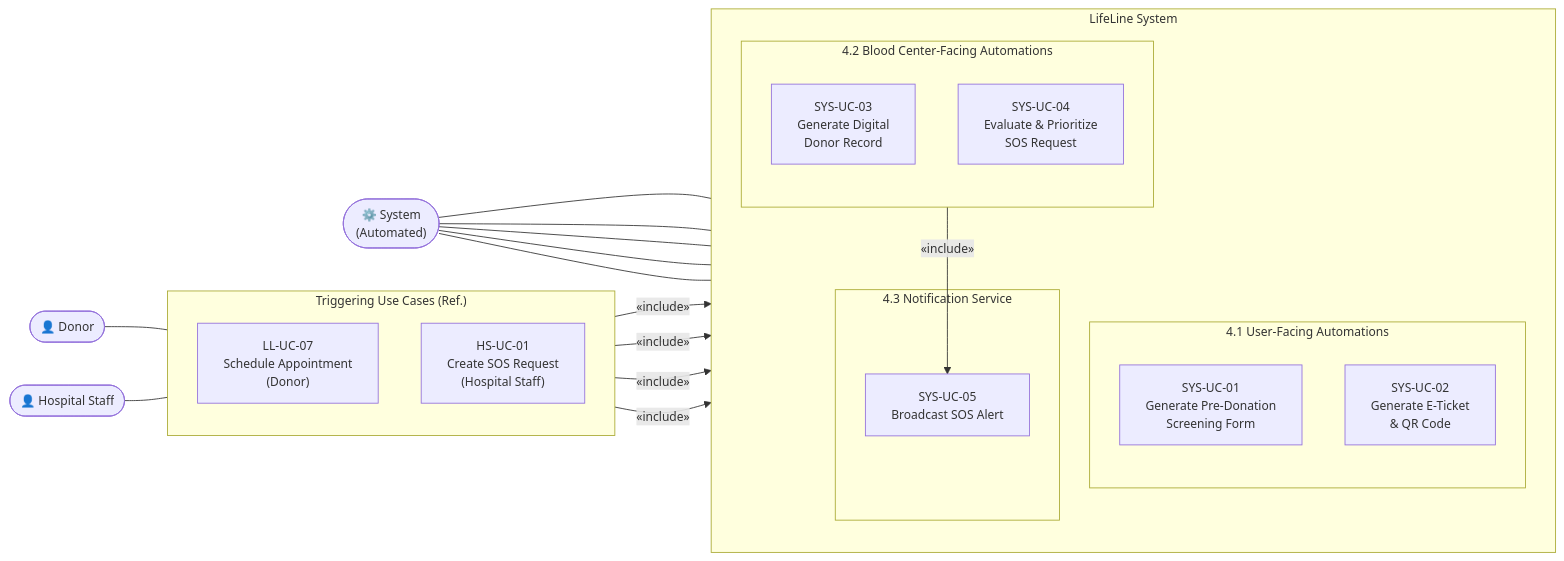
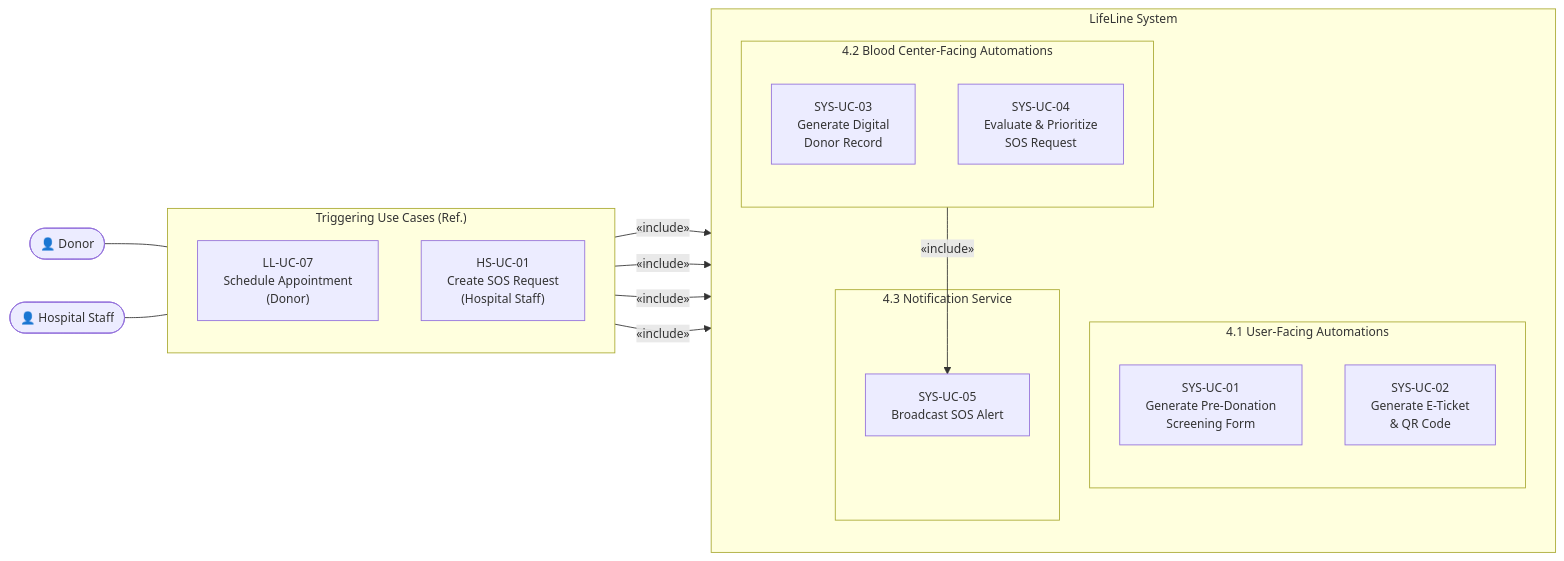
Before and after one commit to takiet2410-hub/SE-LifeLine-Project: the fourth of 6 diagrams in src/StakeholderDocuments/UseCaseSpec.md, drawn with Mermaid. The commit also changed other lines of this file, not shown here.

````diff
--- a/src/StakeholderDocuments/UseCaseSpec.md
+++ b/src/StakeholderDocuments/UseCaseSpec.md
@@ -427,63 +428,54 @@
 ```mermaid
 
 %%{init: {'theme': 'default', 'themeVariables': {'fontSize': '14px'}}}%%
 graph LR
     %% ── Primary/Triggering Actors ────────────────────────
     Donor(["👤 Donor"])
     HS(["👤 Hospital Staff"])
 
     %% ── Triggering Use Cases (context from other diagrams) ─
     subgraph TRG ["Triggering Use Cases (Ref.)"]
         direction TB
         UC07["LL-UC-07<br>Schedule Appointment<br>(Donor)"]
         HSUC01_REF["HS-UC-01<br>Create SOS Request<br>(Hospital Staff)"]
     end
 
     %% ── LifeLine System — System Features ────────────────
     subgraph SYS ["LifeLine System"]
         direction TB
 
         %% ── 4.1 User-Facing Automations ────────────────
         subgraph UFA ["4.1 User-Facing Automations"]
             direction TB
             SYSUC01["SYS-UC-01<br>Generate Pre-Donation<br>Screening Form"]
             SYSUC02["SYS-UC-02<br>Generate E-Ticket<br>& QR Code"]
         end
 
         %% ── 4.2 Blood Center-Facing Automations ────────
         subgraph BCA ["4.2 Blood Center-Facing Automations"]
             direction TB
             SYSUC03["SYS-UC-03<br>Generate Digital<br>Donor Record"]
             SYSUC04["SYS-UC-04<br>Evaluate & Prioritize<br>SOS Request"]
         end
 
         %% ── 4.3 Notification Service ───────────────────
         subgraph NS ["4.3 Notification Service"]
             SYSUC05["SYS-UC-05<br>Broadcast SOS Alert"]
         end
     end
 
-    %% ── Secondary Actor ───────────────────────────────────
-    SYS_ACT(["⚙️ System<br>(Automated)"])
-
     %% ── Actor associations ──────────────────────────────
     Donor --- UC07
     HS --- HSUC01_REF
-
-    SYS_ACT --- SYSUC01
-    SYS_ACT --- SYSUC02
-    SYS_ACT --- SYSUC03
-    SYS_ACT --- SYSUC04
-    SYS_ACT --- SYSUC05
 
     %% ── Relationships ───────────────────────────────────
     %% Schedule Appointment includes these automations
     UC07 -- "«include»" --> SYSUC01
     UC07 -- "«include»" --> SYSUC02
     UC07 -- "«include»" --> SYSUC03
 
     %% Create SOS Request includes evaluation, which includes broadcasting
     HSUC01_REF -- "«include»" --> SYSUC04
     SYSUC04 -- "«include»" --> SYSUC05
 
 ```
````
